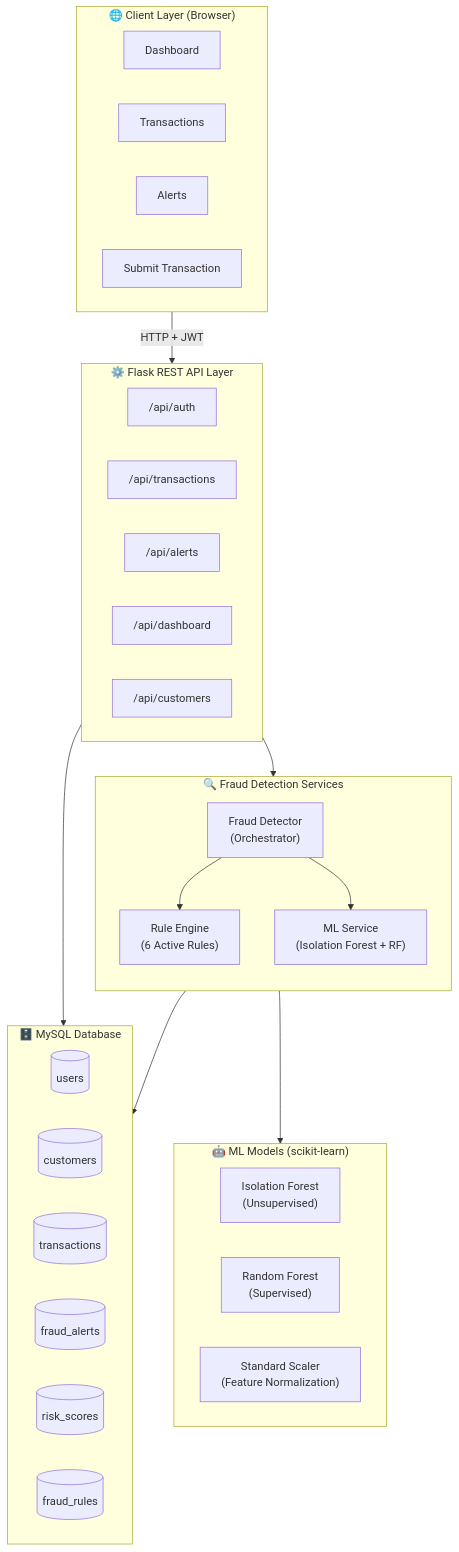
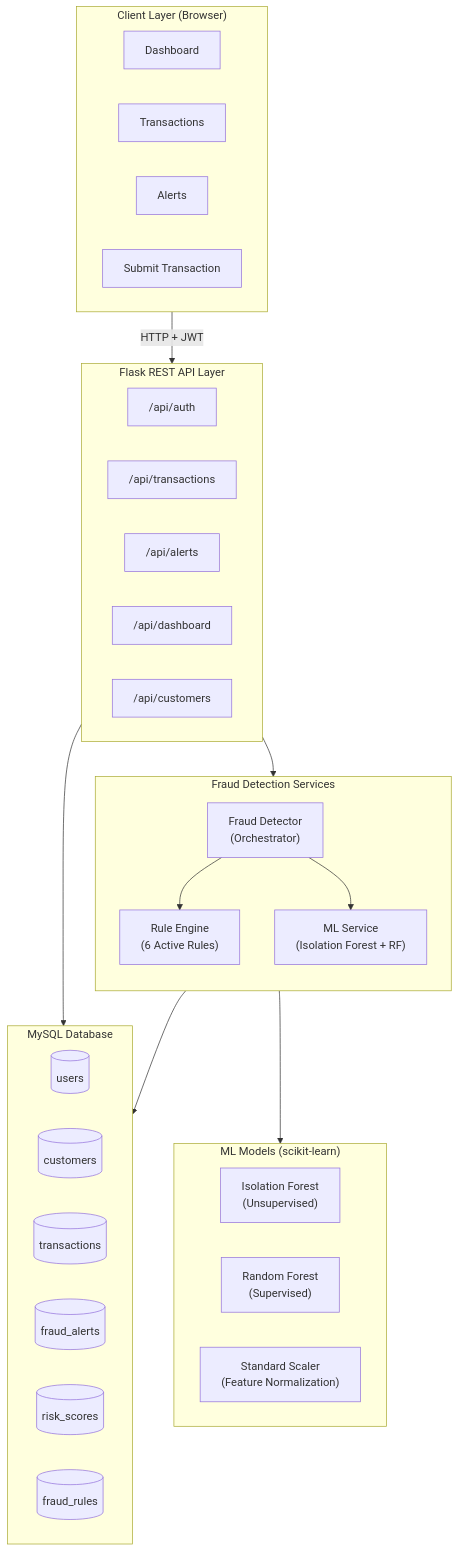
The first of 3 diagrams in docs/architecture-diagram.md (irinakaramyan/real-time-ai-fraud-detection-system), drawn with Mermaid before and after one commit. The commit also changed other lines of this file, not shown here.

````diff
--- a/docs/architecture-diagram.md
+++ b/docs/architecture-diagram.md
@@ -9,51 +9,51 @@
 ```mermaid
 flowchart TB
-    subgraph CLIENT["🌐 Client Layer (Browser)"]
+    subgraph CLIENT[" Client Layer (Browser)"]
         direction LR
         UI1[Dashboard]
         UI2[Transactions]
         UI3[Alerts]
         UI4[Submit Transaction]
     end
 
-    subgraph API["⚙️ Flask REST API Layer"]
+    subgraph API[" Flask REST API Layer"]
         direction LR
         A1["/api/auth"]
         A2["/api/transactions"]
         A3["/api/alerts"]
         A4["/api/dashboard"]
         A5["/api/customers"]
     end
 
-    subgraph SERVICES["🔍 Fraud Detection Services"]
+    subgraph SERVICES[" Fraud Detection Services"]
         direction TB
         FD["Fraud Detector\n(Orchestrator)"]
         RE["Rule Engine\n(6 Active Rules)"]
         ML["ML Service\n(Isolation Forest + RF)"]
         FD --> RE
         FD --> ML
     end
 
-    subgraph MLMODELS["🤖 ML Models (scikit-learn)"]
+    subgraph MLMODELS[" ML Models (scikit-learn)"]
         direction LR
         ISO["Isolation Forest\n(Unsupervised)"]
         RFC["Random Forest\n(Supervised)"]
         SCL["Standard Scaler\n(Feature Normalization)"]
     end
 
-    subgraph DB["🗄️ MySQL Database"]
+    subgraph DB[" MySQL Database"]
         direction LR
         T1[(users)]
         T2[(customers)]
         T3[(transactions)]
         T4[(fraud_alerts)]
         T5[(risk_scores)]
         T6[(fraud_rules)]
     end
 
     CLIENT -- "HTTP + JWT" --> API
     API --> SERVICES
     ML --> MLMODELS
     SERVICES --> DB
     API --> DB
 ```
````
